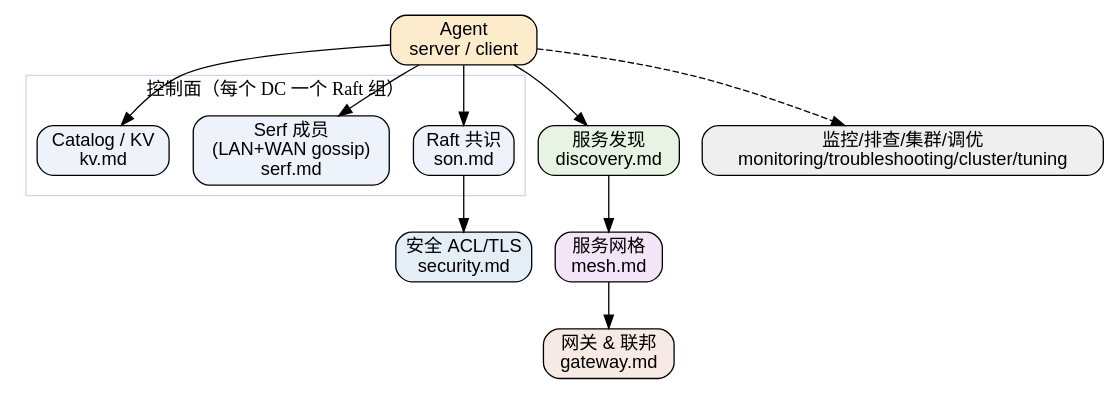
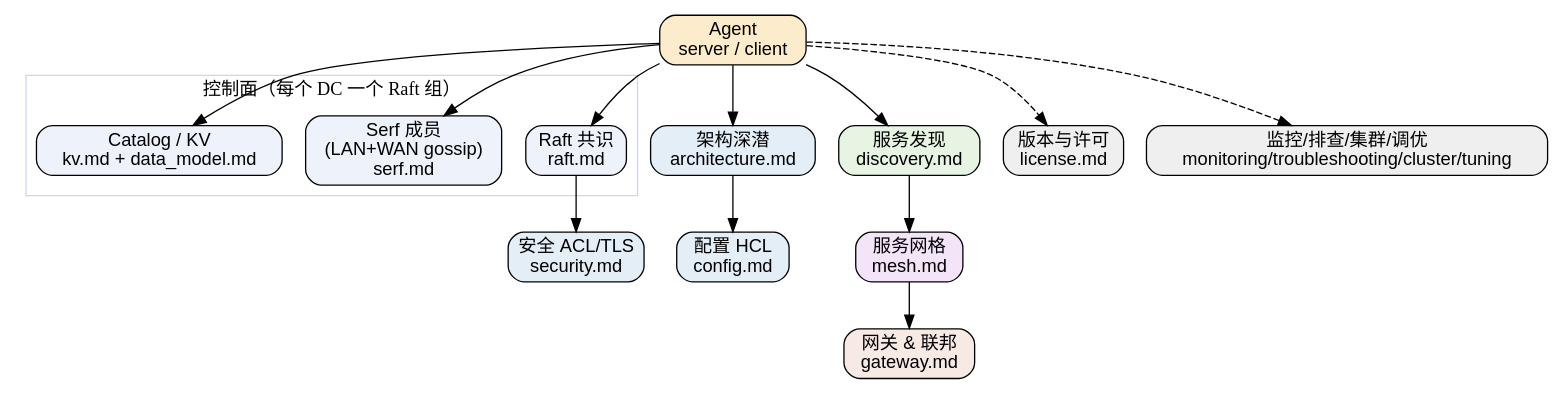
Before and after one commit to Robinpig/Note: the diagram in docs/CS/Framework/consul/README.md, drawn with Graphviz. The commit also changed other lines of this file and 22 other files, not shown here.

````diff
--- a/docs/CS/Framework/consul/README.md
+++ b/docs/CS/Framework/consul/README.md
@@ -7,30 +7,36 @@
 ```dot
 digraph consul_index {
   rankdir=TB;
   node [shape=box, style="rounded,filled", fillcolor="#eef3fb", fontname="Helvetica"];
   edge [color="#555", fontsize=10];
 
   subgraph cluster_ctrl {
     label="控制面（每个 DC 一个 Raft 组）";
     color="#c9d8ef";
-    raft [label="Raft 共识\nson.md"];
+    raft [label="Raft 共识\nraft.md"];
     serf [label="Serf 成员\n(LAN+WAN gossip)\nserf.md"];
-    catalog [label="Catalog / KV\nkv.md"];
+    catalog [label="Catalog / KV\nkv.md + data_model.md"];
   }
   agent [label="Agent\nserver / client", fillcolor="#fdeccb"];
+  arch [label="架构深潜\narchitecture.md", fillcolor="#e4eef7"];
   disco [label="服务发现\ndiscovery.md", fillcolor="#e7f4e4"];
   mesh [label="服务网格\nmesh.md", fillcolor="#f3e4f7"];
   gw [label="网关 & 联邦\ngateway.md", fillcolor="#f7e9e4"];
   sec [label="安全 ACL/TLS\nsecurity.md", fillcolor="#e4eef7"];
+  cfg [label="配置 HCL\nconfig.md", fillcolor="#e4eef7"];
+  lic [label="版本与许可\nlicense.md", fillcolor="#efefef"];
   ops [label="监控/排查/集群/调优\nmonitoring/troubleshooting/cluster/tuning", fillcolor="#efefef"];
 
   agent -> raft;
   agent -> serf;
   agent -> catalog;
   agent -> disco;
+  agent -> arch;
+  arch -> cfg;
   disco -> mesh;
   mesh -> gw;
   raft -> sec;
   agent -> ops [style=dashed, color="#999"];
+  agent -> lic [style=dashed, color="#999"];
 }
 ```
````
